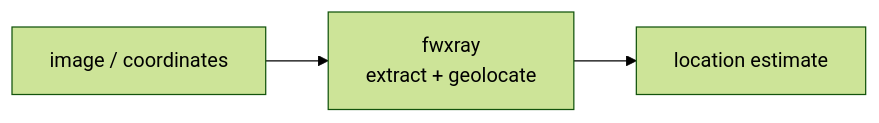
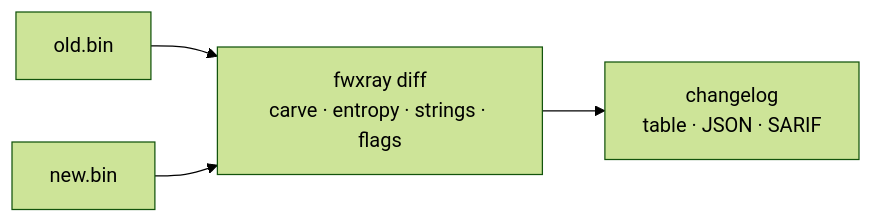
Before and after one commit to cognis-digital/fwxray: the diagram in README.md, drawn with Mermaid (forest theme). The commit also changed other lines of this file and 45 other files, not shown here.

````diff
--- a/README.md
+++ b/README.md
@@ -103,5 +144,6 @@
 ```mermaid
 flowchart LR
-  IN[image / coordinates] --> P[fwxray<br/>extract + geolocate]
-  P --> OUT[location estimate]
+  OLD[old.bin] --> P[fwxray diff<br/>carve · entropy · strings · flags]
+  NEW[new.bin] --> P
+  P --> OUT[changelog<br/>table · JSON · SARIF]
 ```
````
